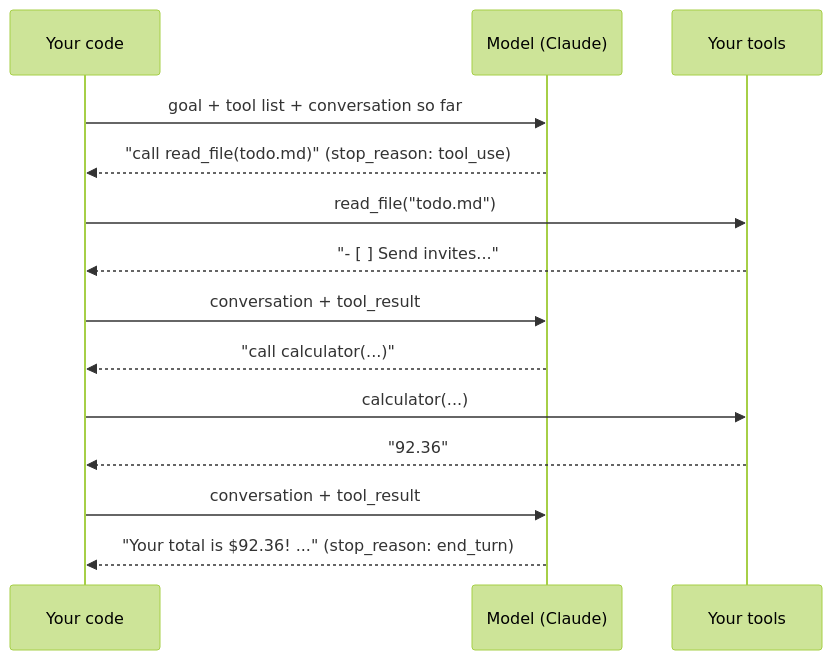
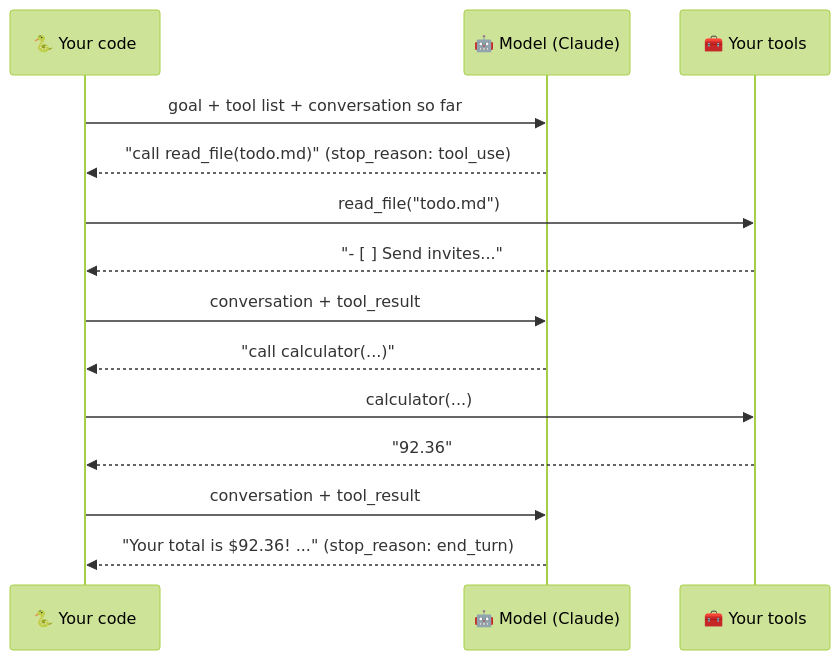
One commit to Axmann8/AI_For_Advanced_Beginners changed the diagram in manual/part-5-building-with-ai/37-build-your-own-agent.md. Above: the diagram before and after it, drawn with Mermaid (forest theme). The commit also changed other lines of this file and 16 other files, not shown here.

````diff
--- a/manual/part-5-building-with-ai/37-build-your-own-agent.md
+++ b/manual/part-5-building-with-ai/37-build-your-own-agent.md
@@ -11,16 +31,16 @@
 ```mermaid
 sequenceDiagram
-    participant You as Your code
-    participant M as Model (Claude)
-    participant T as Your tools
+    participant You as 🐍 Your code
+    participant M as 🤖 Model (Claude)
+    participant T as 🧰 Your tools
     You->>M: goal + tool list + conversation so far
     M-->>You: "call read_file(todo.md)" (stop_reason: tool_use)
     You->>T: read_file("todo.md")
     T-->>You: "- [ ] Send invites..."
     You->>M: conversation + tool_result
     M-->>You: "call calculator(...)"
     You->>T: calculator(...)
     T-->>You: "92.36"
     You->>M: conversation + tool_result
     M-->>You: "Your total is $92.36! ..." (stop_reason: end_turn)
 ```
````
